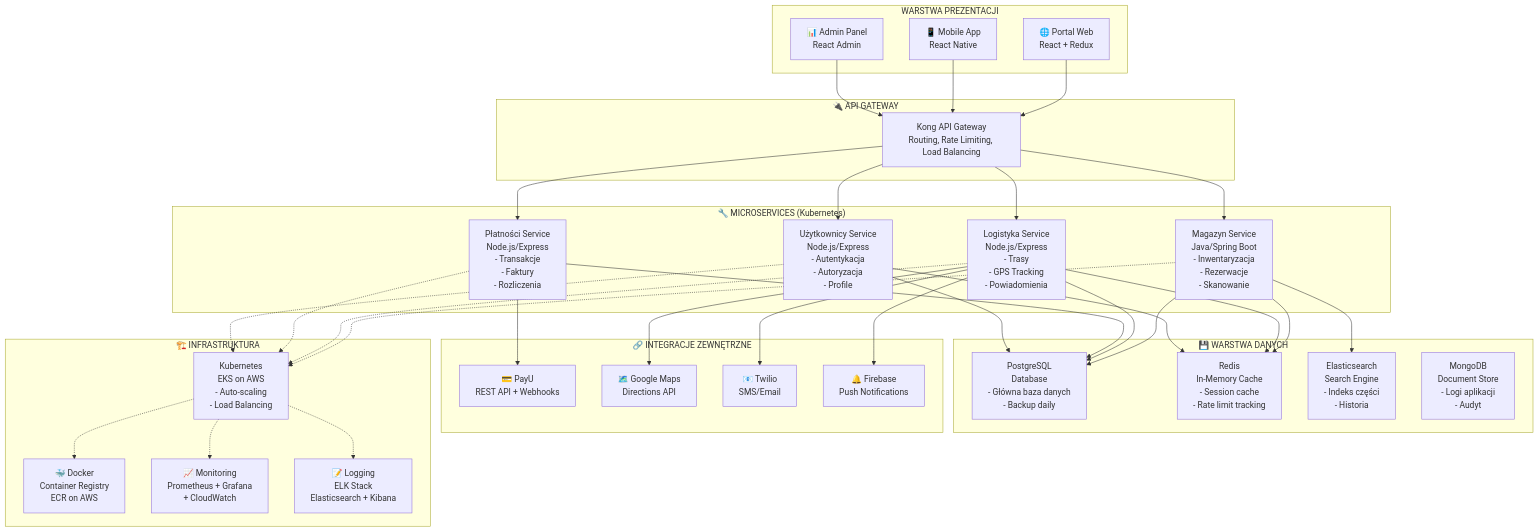
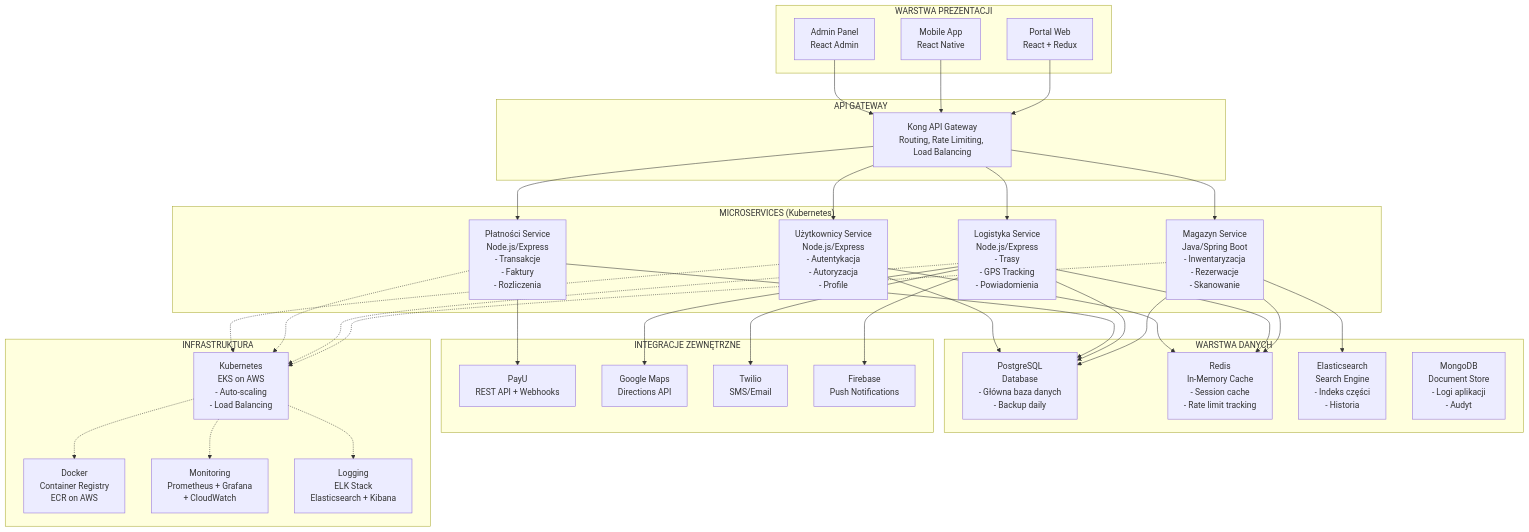
One commit to Jolanta27/Jolanta27 changed the second of 10 diagrams in projekt-magazyn/diagramy_mermaid.md. Above: the diagram before and after it, drawn with Mermaid. The commit also changed other lines of this file, not shown here.

Commit message:
Remove all icons/emojis from Mermaid diagrams

````diff
--- a/projekt-magazyn/diagramy_mermaid.md
+++ b/projekt-magazyn/diagramy_mermaid.md
@@ -70,75 +70,75 @@
 ```mermaid
 graph TB
     subgraph Presentation["WARSTWA PREZENTACJI"]
-        WEB["🌐 Portal Web<br/>React + Redux"]
-        MOB["📱 Mobile App<br/>React Native"]
-        ADMIN["📊 Admin Panel<br/>React Admin"]
+        WEB["Portal Web<br/>React + Redux"]
+        MOB["Mobile App<br/>React Native"]
+        ADMIN["Admin Panel<br/>React Admin"]
     end
 
-    subgraph Gateway["🔌 API GATEWAY"]
+    subgraph Gateway["API GATEWAY"]
         KONG["Kong API Gateway<br/>Routing, Rate Limiting, Load Balancing"]
     end
 
-    subgraph Services["🔧 MICROSERVICES (Kubernetes)"]
+    subgraph Services["MICROSERVICES (Kubernetes)"]
         MAG["Magazyn Service<br/>Java/Spring Boot<br/>- Inwentaryzacja<br/>- Rezerwacje<br/>- Skanowanie"]
         LOG["Logistyka Service<br/>Node.js/Express<br/>- Trasy<br/>- GPS Tracking<br/>- Powiadomienia"]
         PAY["Płatności Service<br/>Node.js/Express<br/>- Transakcje<br/>- Faktury<br/>- Rozliczenia"]
         USER["Użytkownicy Service<br/>Node.js/Express<br/>- Autentykacja<br/>- Autoryzacja<br/>- Profile"]
     end
 
-    subgraph Data["💾 WARSTWA DANYCH"]
+    subgraph Data["WARSTWA DANYCH"]
         PG["PostgreSQL<br/>Database<br/>- Główna baza danych<br/>- Backup daily"]
         REDIS["Redis<br/>In-Memory Cache<br/>- Session cache<br/>- Rate limit tracking"]
         ES["Elasticsearch<br/>Search Engine<br/>- Indeks części<br/>- Historia"]
         MONGO["MongoDB<br/>Document Store<br/>- Logi aplikacji<br/>- Audyt"]
     end
 
-    subgraph External["🔗 INTEGRACJE ZEWNĘTRZNE"]
-        PAYU["💳 PayU<br/>REST API + Webhooks"]
-        MAPS["🗺️ Google Maps<br/>Directions API"]
-        TWILIO["📧 Twilio<br/>SMS/Email"]
-        FIREBASE["🔔 Firebase<br/>Push Notifications"]
+    subgraph External["INTEGRACJE ZEWNĘTRZNE"]
+        PAYU["PayU<br/>REST API + Webhooks"]
+        MAPS["Google Maps<br/>Directions API"]
+        TWILIO["Twilio<br/>SMS/Email"]
+        FIREBASE["Firebase<br/>Push Notifications"]
     end
 
-    subgraph Infra["🏗️ INFRASTRUKTURA"]
+    subgraph Infra["INFRASTRUKTURA"]
         K8S["Kubernetes<br/>EKS on AWS<br/>- Auto-scaling<br/>- Load Balancing"]
-        DOCKER["🐳 Docker<br/>Container Registry<br/>ECR on AWS"]
-        MONITOR["📈 Monitoring<br/>Prometheus + Grafana<br/>+ CloudWatch"]
-        LOGGING["📝 Logging<br/>ELK Stack<br/>Elasticsearch + Kibana"]
+        DOCKER["Docker<br/>Container Registry<br/>ECR on AWS"]
+        MONITOR["Monitoring<br/>Prometheus + Grafana<br/>+ CloudWatch"]
+        LOGGING["Logging<br/>ELK Stack<br/>Elasticsearch + Kibana"]
     end
 
     WEB --> KONG
     MOB --> KONG
     ADMIN --> KONG
     
     KONG --> MAG
     KONG --> LOG
     KONG --> PAY
     KONG --> USER
     
     MAG --> PG
     MAG --> REDIS
     MAG --> ES
     
     LOG --> PG
     LOG --> REDIS
     
     PAY --> PG
     
     USER --> PG
     USER --> REDIS
     
     PAY --> PAYU
     LOG --> MAPS
     LOG --> TWILIO
     LOG --> FIREBASE
     
     MAG -.-> K8S
     LOG -.-> K8S
     PAY -.-> K8S
     USER -.-> K8S
     
     K8S -.-> DOCKER
     K8S -.-> MONITOR
     K8S -.-> LOGGING
 ```
````
